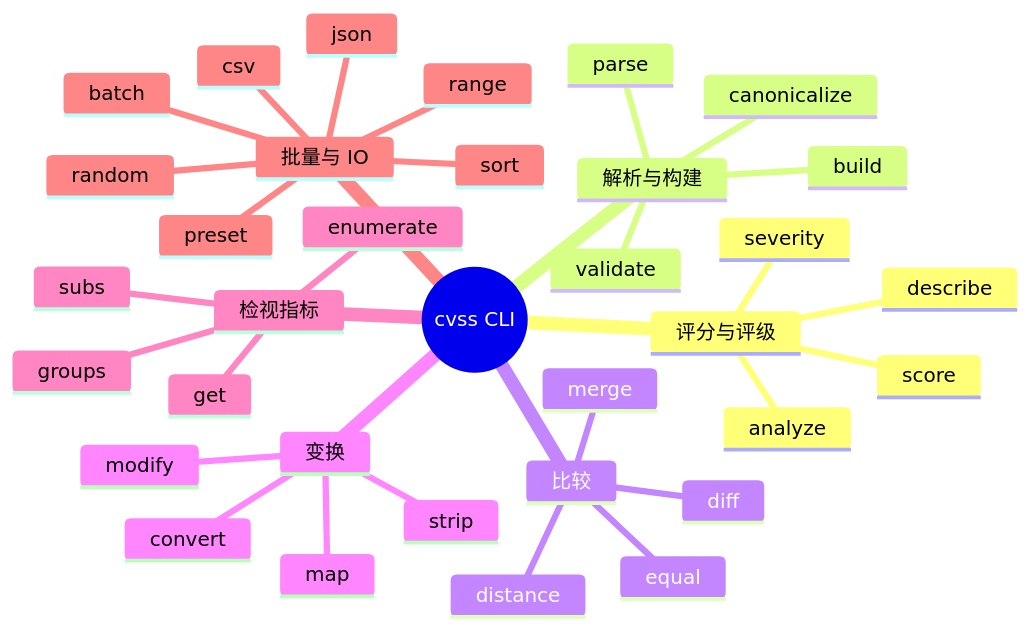
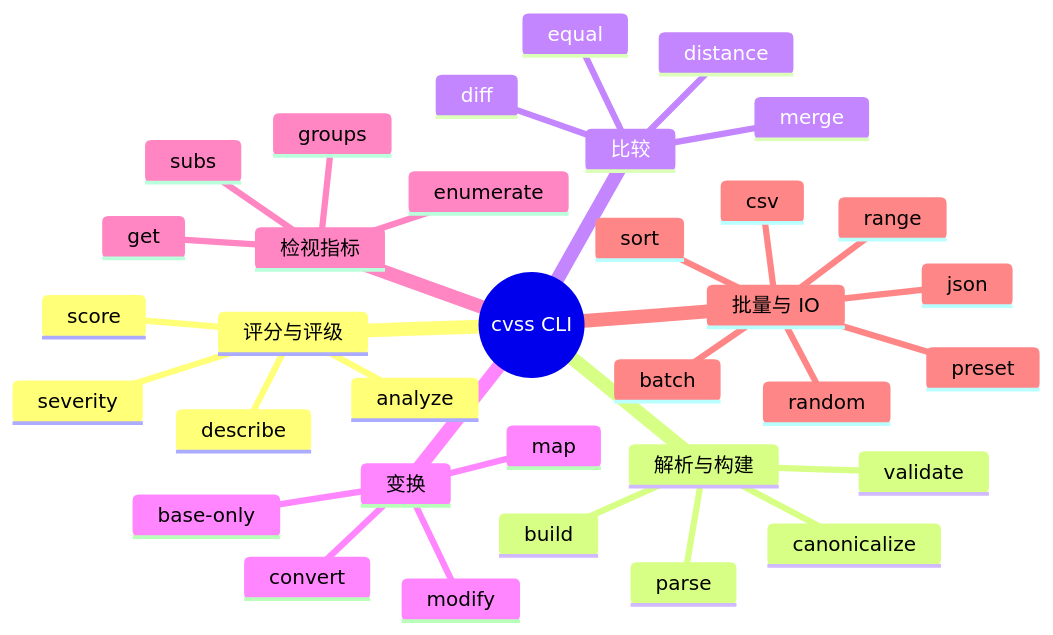
The first of 2 diagrams in website/zh/cli.md (scagogogo/cvss-skills), drawn with Mermaid before and after one commit. The commit also changed other lines of this file and 3 other files, not shown here.

First line of the commit message:
docs: use real command name base-only (strip is just an alias)

````diff
--- a/website/zh/cli.md
+++ b/website/zh/cli.md
@@ -34,37 +34,37 @@
 ```mermaid
 mindmap
   root((cvss CLI))
     评分与评级
       score
       severity
       describe
       analyze
     解析与构建
       parse
       build
       validate
       canonicalize
     比较
       diff
       merge
       distance
       equal
     变换
       modify
-      strip
+      base-only
       convert
       map
     检视指标
       get
       enumerate
       groups
       subs
     批量与 IO
       json
       csv
       batch
       sort
       range
       preset
       random
 ```
````
